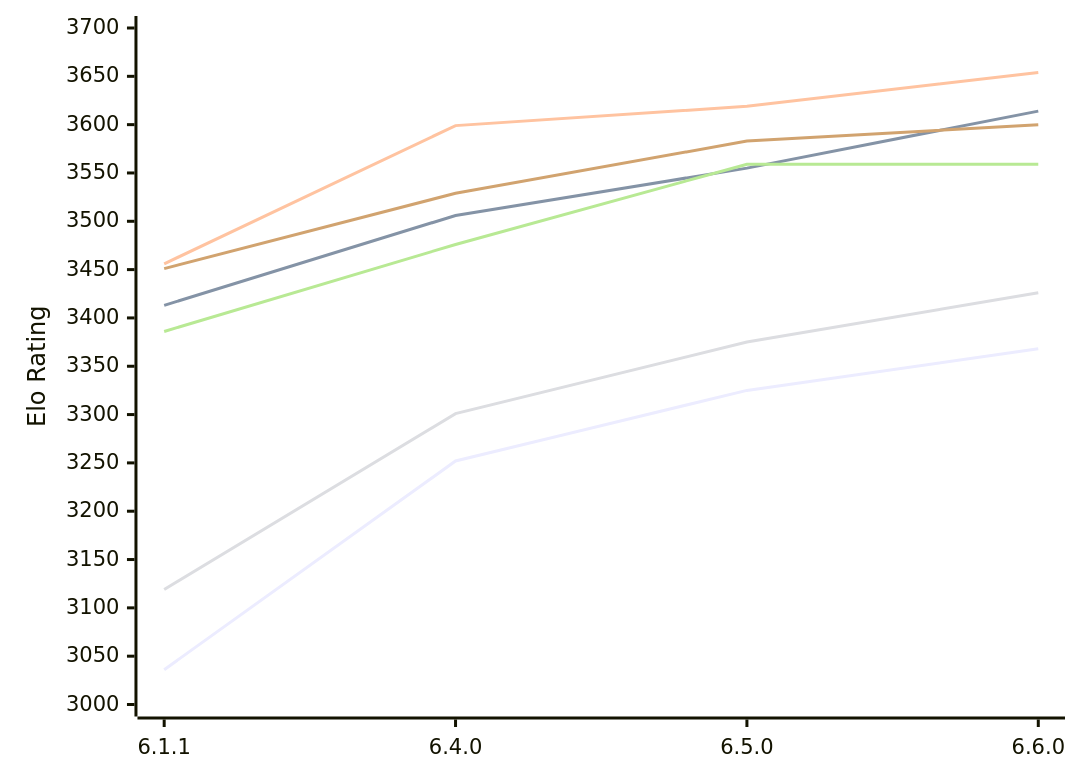
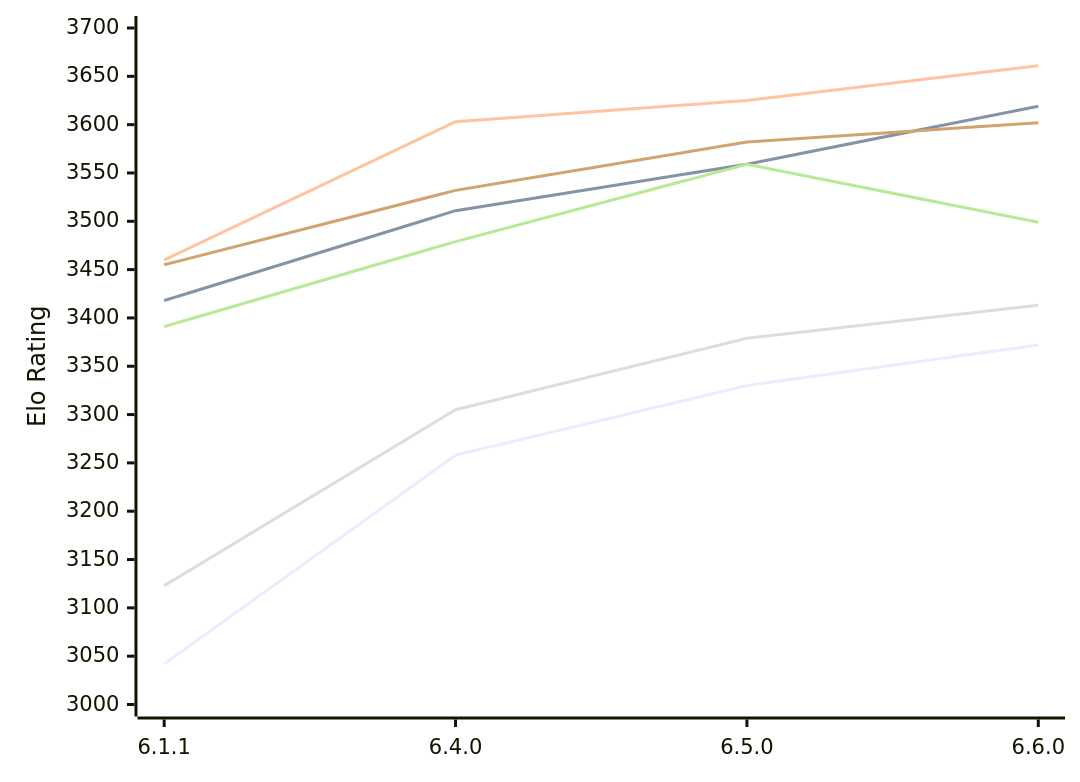
One commit to computer-chess-index/cci changed the first of 2 diagrams in engines/Zigqueen.md. Above: the diagram before and after it, drawn with Mermaid. The commit also changed other lines of this file, not shown here.

Commit message:
Update CCI Ratings (ELO VLTC) - 2026-11-20

````diff
--- a/engines/Zigqueen.md
+++ b/engines/Zigqueen.md
@@ -57,12 +57,12 @@
 ```mermaid
 %%{init: {"theme":"base","themeVariables":{"seriesColors:['#a3a3a3','#222221','#faa371']}}}%%
 xychart-beta
   x-axis ["6.1.1", "6.4.0", "6.5.0", "6.6.0"]
   y-axis "Elo Rating" 3000 --> 3700
-  line "E1: STC (8.0+0.08s)" [3036, 3252, 3325, 3368]
-  line "E1: LTC (60.0+0.60s)" [3413, 3506, 3555, 3614]
-  line "E1: VLTC (2m24s+1.12s)" [3456, 3599, 3619, 3654]
-  line "P1: STC (8.0+0.08s)" [3119, 3301, 3375, 3426]
-  line "P1: LTC (60.0+0.60s)" [3386, 3476, 3559, 3559]
-  line "P1: VLTC (2m24s+1.12s)" [3451, 3529, 3583, 3600]
+  line "E1: STC (8.0+0.08s)" [3042, 3258, 3330, 3372]
+  line "E1: LTC (60.0+0.60s)" [3418, 3511, 3559, 3619]
+  line "E1: VLTC (2m24s+1.12s)" [3460, 3603, 3625, 3661]
+  line "P1: STC (8.0+0.08s)" [3123, 3305, 3379, 3413]
+  line "P1: LTC (60.0+0.60s)" [3391, 3479, 3559, 3499]
+  line "P1: VLTC (2m24s+1.12s)" [3455, 3532, 3582, 3602]
 ```
````
